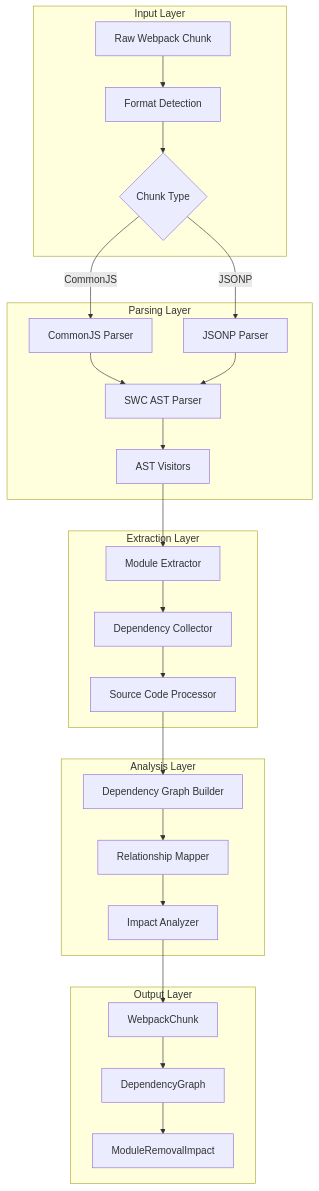
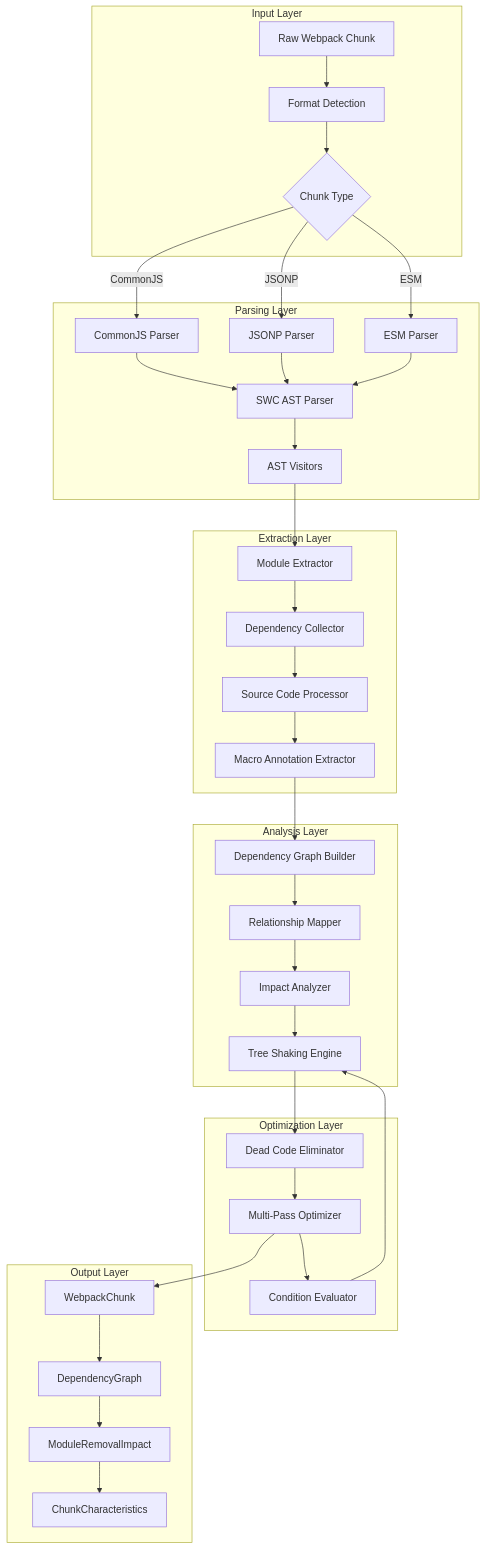
Before and after one commit to ScriptedAlchemy/swc_macro_sys: the first of 12 diagrams in crates/webpack_analyzer_v2/TECHNICAL_GUIDE.md, drawn with Mermaid. The commit also changed other lines of this file and 7 other files, not shown here.

First line of the commit message:
feat: comprehensive tree shaking design and schema updates

````diff
--- a/crates/webpack_analyzer_v2/TECHNICAL_GUIDE.md
+++ b/crates/webpack_analyzer_v2/TECHNICAL_GUIDE.md
@@ -29,33 +40,45 @@
 ```mermaid
 graph TB
     subgraph "Input Layer"
         A[Raw Webpack Chunk] --> B[Format Detection]
         B --> C{Chunk Type}
     end
     
     subgraph "Parsing Layer"
         C -->|CommonJS| D[CommonJS Parser]
         C -->|JSONP| E[JSONP Parser]
+        C -->|ESM| E2[ESM Parser]
         D --> F[SWC AST Parser]
         E --> F
+        E2 --> F
         F --> G[AST Visitors]
     end
     
     subgraph "Extraction Layer"
         G --> H[Module Extractor]
         H --> I[Dependency Collector]
         I --> J[Source Code Processor]
+        J --> MA[Macro Annotation Extractor]
     end
     
     subgraph "Analysis Layer"
-        J --> K[Dependency Graph Builder]
+        MA --> K[Dependency Graph Builder]
         K --> L[Relationship Mapper]
         L --> M[Impact Analyzer]
+        M --> TS[Tree Shaking Engine]
+    end
+    
+    subgraph "Optimization Layer"
+        TS --> DCE[Dead Code Eliminator]
+        DCE --> MP[Multi-Pass Optimizer]
+        MP --> CM[Condition Evaluator]
+        CM --> TS
     end
     
     subgraph "Output Layer"
-        M --> N[WebpackChunk]
+        MP --> N[WebpackChunk]
         N --> O[DependencyGraph]
         O --> P[ModuleRemovalImpact]
+        P --> CC[ChunkCharacteristics]
     end
 ```
````
